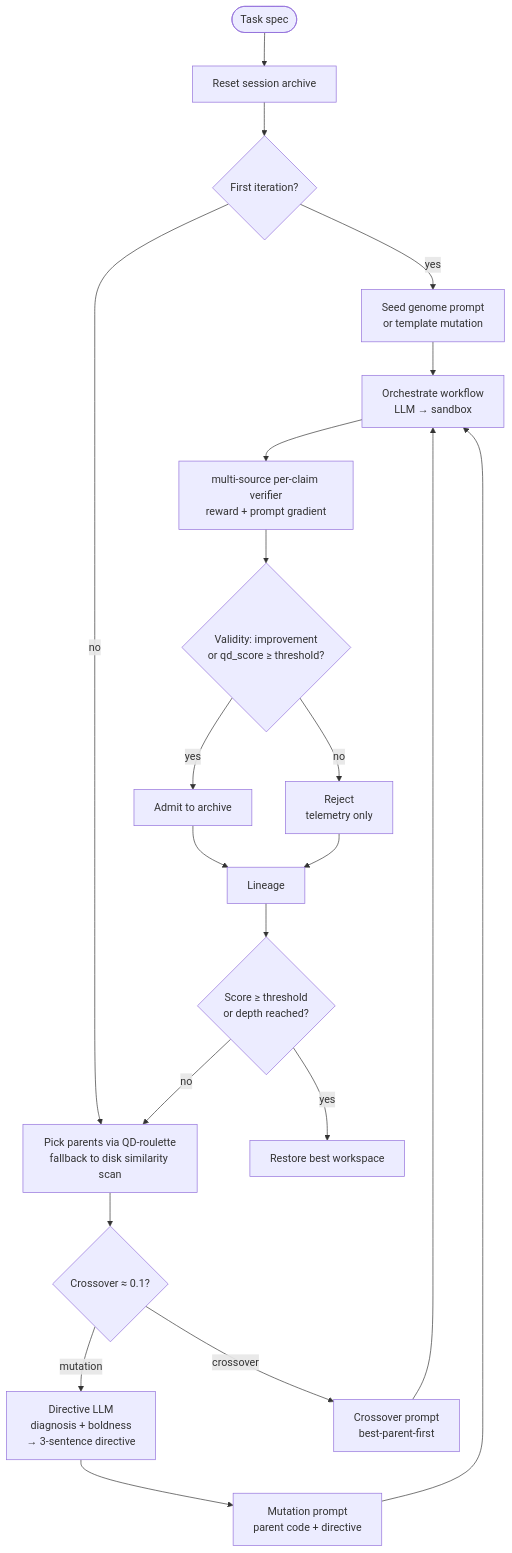
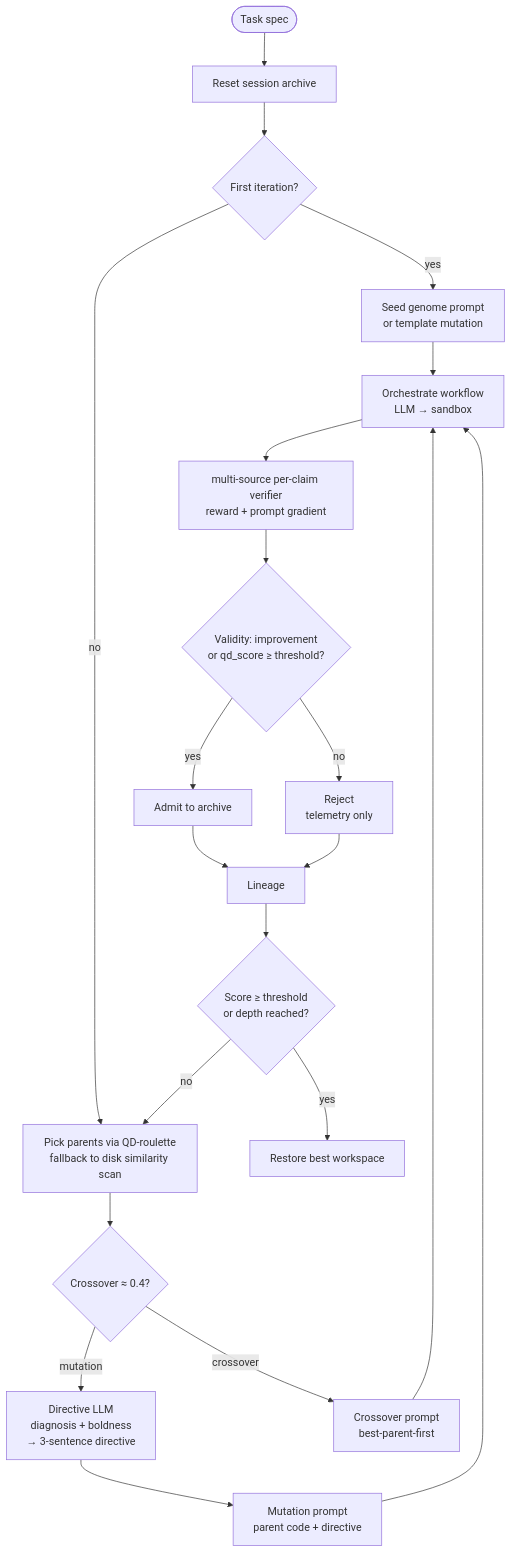
One commit to HolobiomicsLab/Mimosa-AI changed the diagram in docs/concepts/evolution-engine.md. Above: the diagram before and after it, drawn with Mermaid. The commit also changed other lines of this file and 13 other files, not shown here.

````diff
--- a/docs/concepts/evolution-engine.md
+++ b/docs/concepts/evolution-engine.md
@@ -13,23 +13,23 @@
 ```mermaid
 flowchart TB
     Start([Task spec]) --> Reset[Reset session archive]
     Reset --> Seed{First iteration?}
     Seed -- yes --> SeedPrompt[Seed genome prompt<br/>or template mutation]
     Seed -- no --> Pick[Pick parents via QD-roulette<br/>fallback to disk similarity scan]
     SeedPrompt --> Orch[Orchestrate workflow<br/>LLM → sandbox]
-    Pick --> Decide{Crossover ≈ 0.1?}
+    Pick --> Decide{Crossover ≈ 0.4?}
     Decide -- mutation --> Think[Directive LLM<br/>diagnosis + boldness<br/>→ 3-sentence directive]
     Decide -- crossover --> Cross[Crossover prompt<br/>best-parent-first]
     Think --> Mut[Mutation prompt<br/>parent code + directive]
     Mut --> Orch
     Cross --> Orch
     Orch --> Eval[multi-source per-claim verifier<br/>reward + prompt gradient]
     Eval --> Admit{Validity: improvement<br/>or qd_score ≥ threshold?}
     Admit -- yes --> Archive[Admit to archive]
     Admit -- no --> Reject[Reject<br/>telemetry only]
     Archive --> Lin[Lineage]
     Reject --> Lin
     Lin --> Stop{Score ≥ threshold<br/>or depth reached?}
     Stop -- no --> Pick
     Stop -- yes --> Restore[Restore best workspace]
 ```
````
